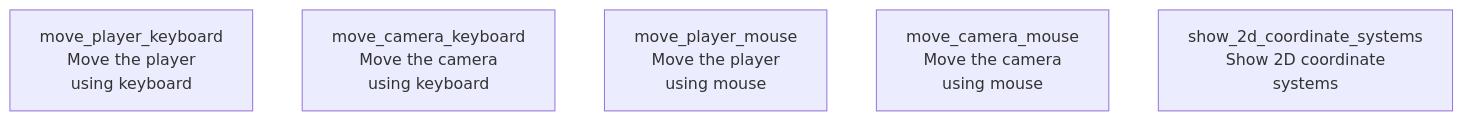
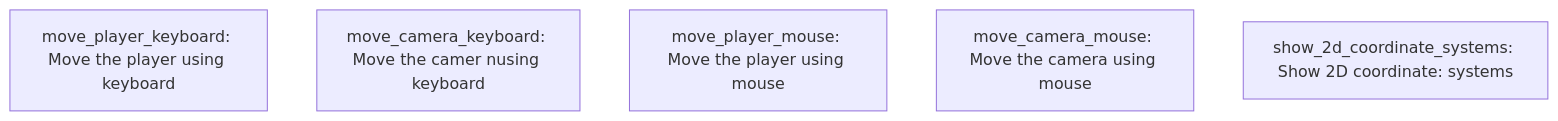
One commit to richelbilderbeek/bevy_tdd_book changed the diagram in docs/misc/example_programs_introduction.md. Above: the diagram before and after it, drawn with Mermaid. The commit also changed 3 other files, not shown here.

Commit message:
Fix diagrams, hanks @TheoPannetier

````diff
--- a/docs/misc/example_programs_introduction.md
+++ b/docs/misc/example_programs_introduction.md
@@ -12,8 +12,8 @@
 ```mermaid
 flowchart TD
-  move_player_keyboard[move_player_keyboard\nMove the player\nusing keyboard]
-  move_camera_keyboard[move_camera_keyboard\nMove the camera\nusing keyboard]
-  move_player_mouse[move_player_mouse\nMove the player\nusing mouse]
-  move_camera_mouse[move_camera_mouse\nMove the camera\nusing mouse]
-  show_2d_coordinate_systems[show_2d_coordinate_systems\nShow 2D coordinate\nsystems]
+  move_player_keyboard[move_player_keyboard: Move the player using keyboard]
+  move_camera_keyboard[move_camera_keyboard: Move the camer nusing keyboard]
+  move_player_mouse[move_player_mouse: Move the player using mouse]
+  move_camera_mouse[move_camera_mouse: Move the camera using mouse]
+  show_2d_coordinate_systems[show_2d_coordinate_systems: Show 2D coordinate: systems]
 ```
````
